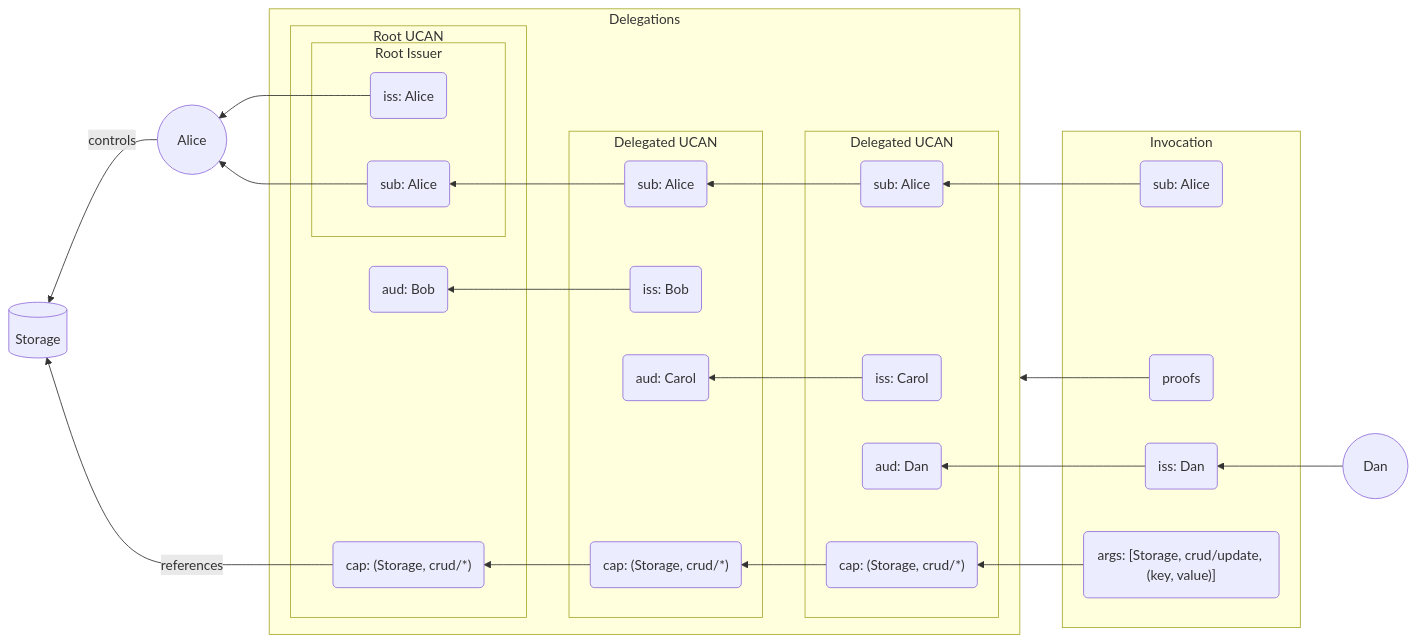
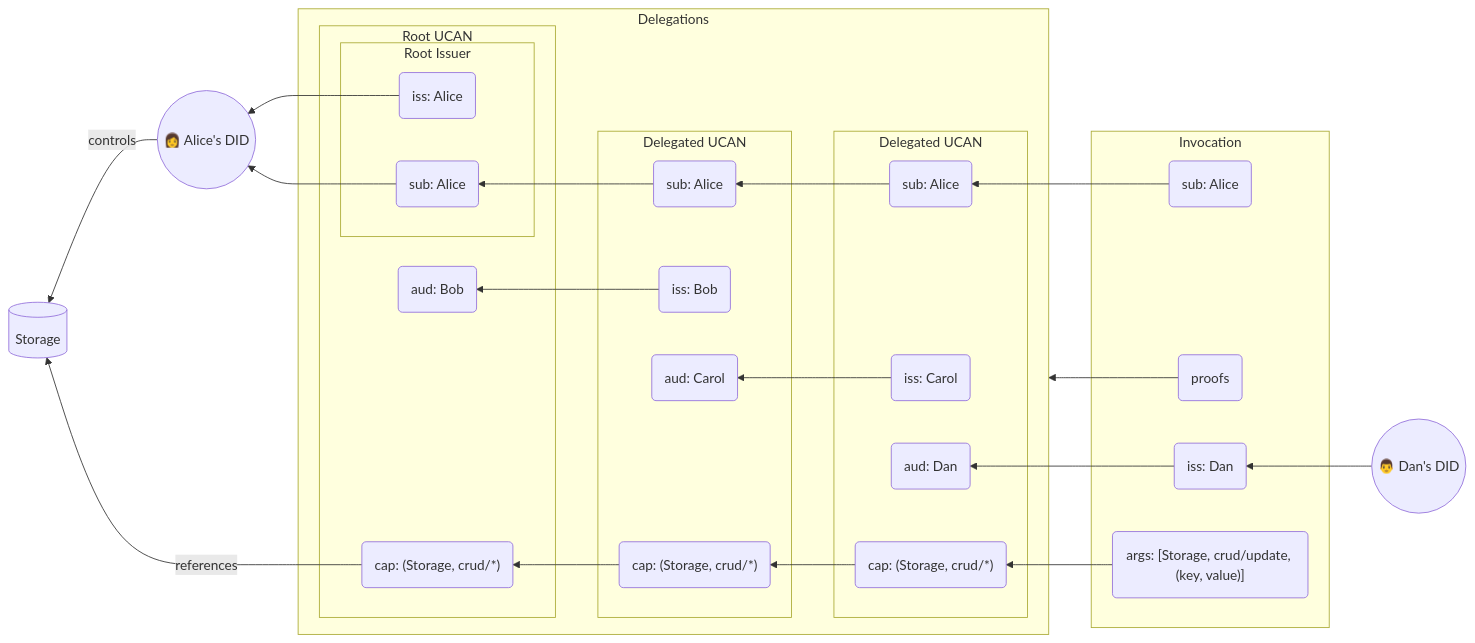
The second of 2 diagrams in README.md (ucan-wg/delegation), drawn with Mermaid before and after one commit. The commit also changed other lines of this file, not shown here.

````diff
--- a/README.md
+++ b/README.md
@@ -793,54 +791,54 @@
 ``` mermaid
 flowchart RL
-    invoker((&nbsp&nbsp&nbsp&nbspDan&nbsp&nbsp&nbsp&nbsp))
-    subject((&nbsp&nbsp&nbsp&nbspAlice&nbsp&nbsp&nbsp&nbsp))
+    invoker((👨 Dan's DID))
+    subject((👩 Alice's DID))
 
     subject -- controls --> resource[(Storage)]
     rootCap -- references --> resource
 
     subgraph Delegations
         subgraph root [Root UCAN]
             subgraph rooting [Root Issuer]
                 rootIss(iss: Alice)
                 rootSub(sub: Alice)
             end
 
             rootCap("cap: (Storage, crud/*)")
             rootAud(aud: Bob)
         end
 
         subgraph del1 [Delegated UCAN]
             del1Iss(iss: Bob) --> rootAud
             del1Sub(sub: Alice)
             del1Aud(aud: Carol)
             del1Cap("cap: (Storage, crud/*)") --> rootCap
 
 
             del1Sub --> rootSub
         end
 
         subgraph del2 [Delegated UCAN]
             del2Iss(iss: Carol) --> del1Aud
             del2Sub(sub: Alice)
             del2Aud(aud: Dan)
             del2Cap("cap: (Storage, crud/*)") --> del1Cap
 
             del2Sub --> del1Sub
         end
     end
 
      subgraph inv [Invocation]
         invIss(iss: Dan)
         args("args: [Storage, crud/update, (key, value)]")
         invSub(sub: Alice)
         prf("proofs")
     end
 
     invIss --> del2Aud
     invoker --> invIss
     args --> del2Cap
     invSub --> del2Sub
     rootIss --> subject
     rootSub --> subject
     prf --> Delegations
 ```
````
